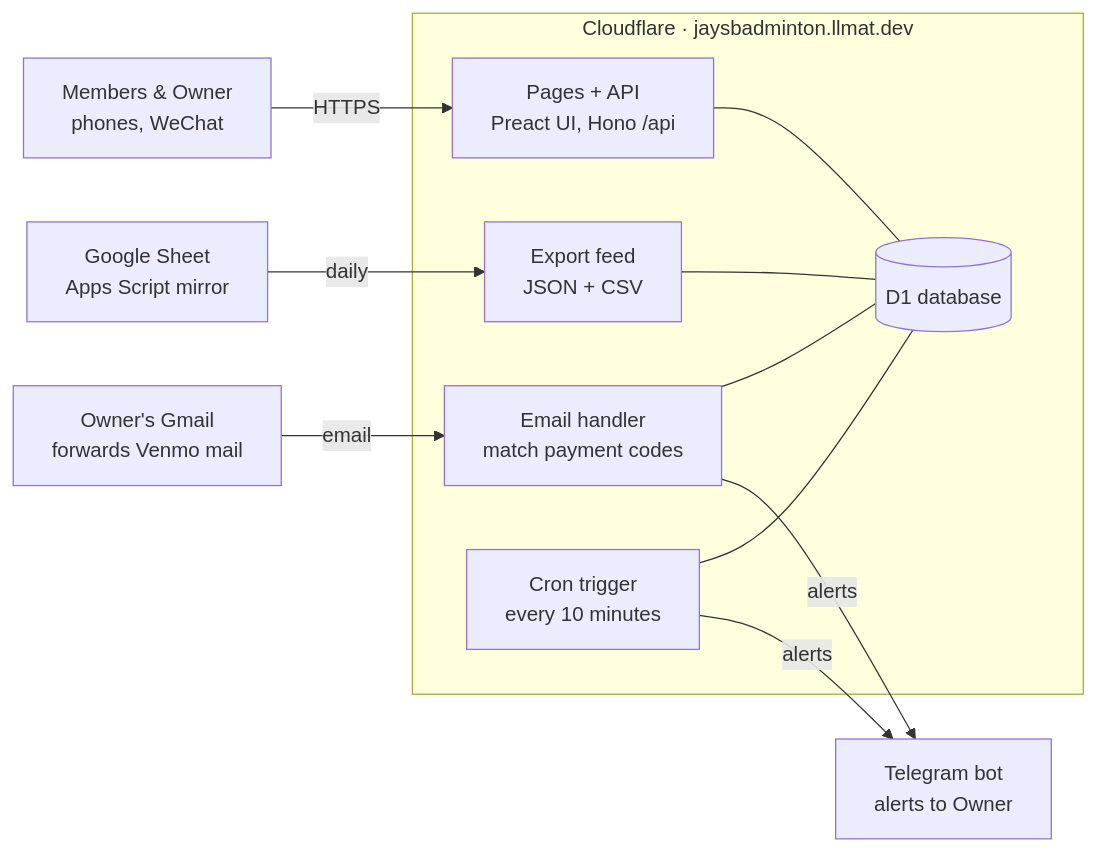
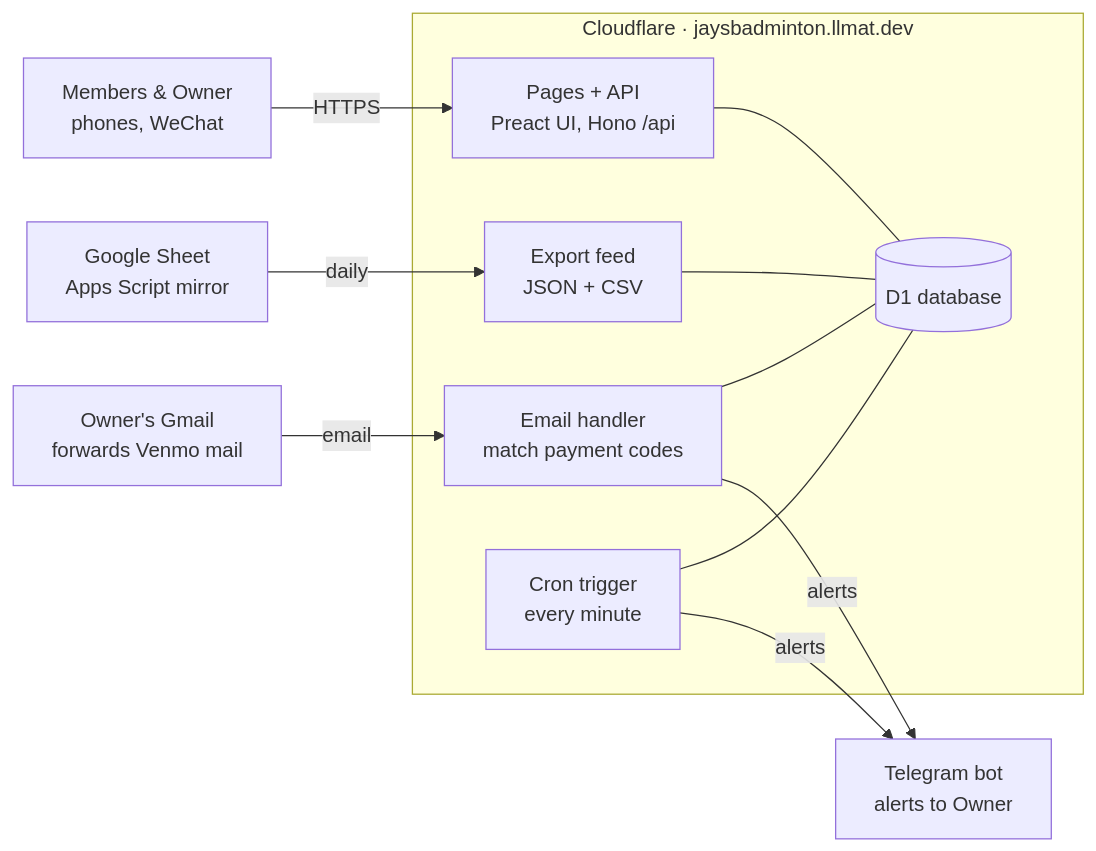
The first of 2 diagrams in docs/technical-design.md (likefudan/jaysbadminton), drawn with Mermaid before and after one commit. The commit also changed other lines of this file and 4 other files, not shown here.

First line of the commit message:
Send 报名截止 the moment sign-up closes: run the cron every minute

````diff
--- a/docs/technical-design.md
+++ b/docs/technical-design.md
@@ -11,19 +11,19 @@
 ```mermaid
 flowchart LR
   P["Members & Owner<br/>phones, WeChat"] -- HTTPS --> API
   G["Owner's Gmail<br/>forwards Venmo mail"] -- email --> EM
   subgraph CF["Cloudflare · jaysbadminton.llmat.dev"]
     API["Pages + API<br/>Preact UI, Hono /api"]
     EM["Email handler<br/>match payment codes"]
     EX["Export feed<br/>JSON + CSV"]
-    CR["Cron trigger<br/>every 10 minutes"]
+    CR["Cron trigger<br/>every minute"]
     D1[("D1 database")]
     API --- D1
     EM --- D1
     EX --- D1
     CR --- D1
   end
   S["Google Sheet<br/>Apps Script mirror"] -- daily --> EX
   CR -- alerts --> T["Telegram bot<br/>alerts to Owner"]
   EM -- alerts --> T
 ```
````
